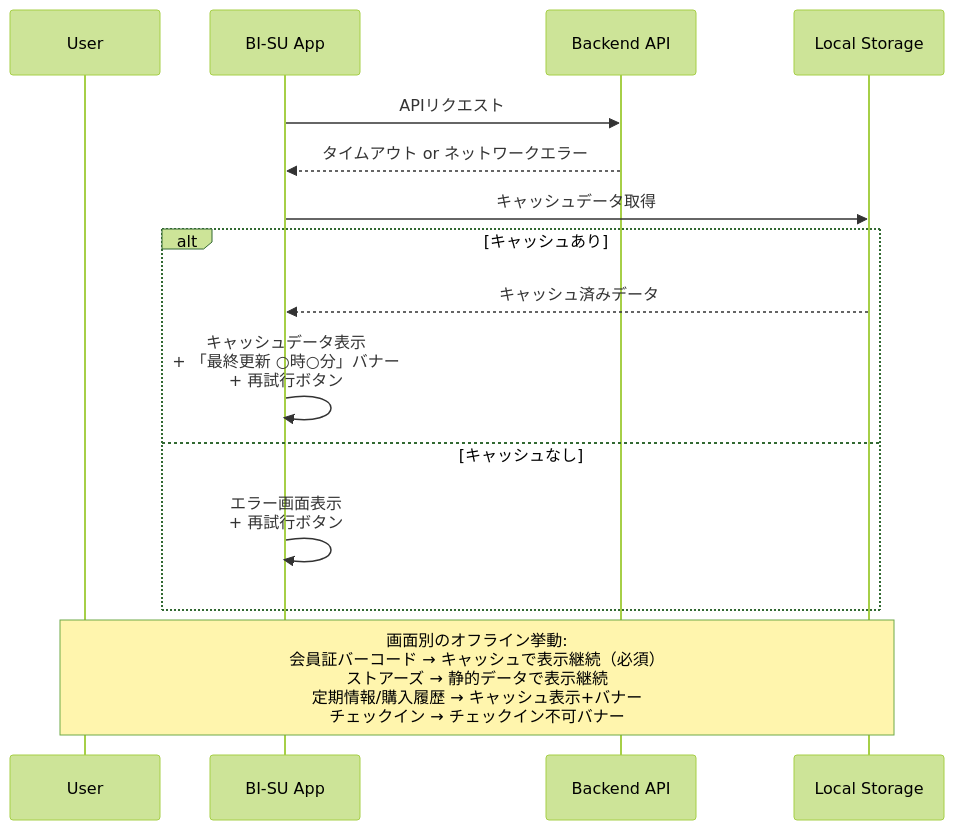
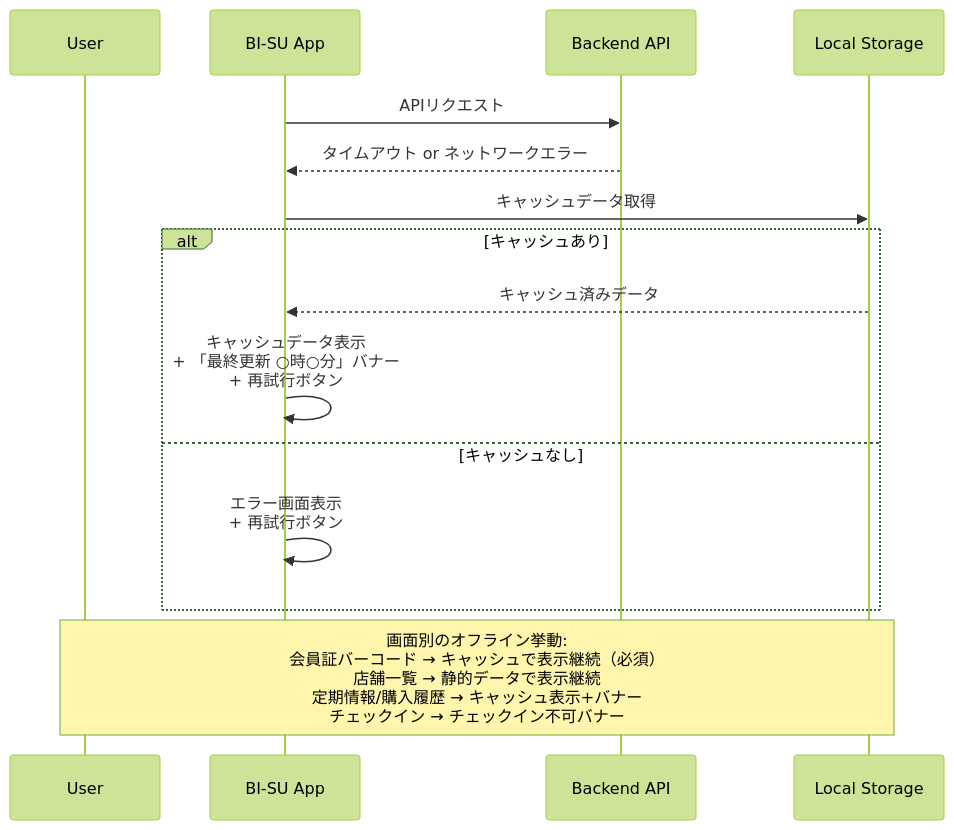
Before and after one commit to YukaHasebe/bi-su-app: diagram 22 of 24 in docs/05_シーケンス図.md, drawn with Mermaid (forest theme). The commit also changed other lines of this file and 7 other files, not shown here.

First line of the commit message:
docs: ストアーズ→店舗一覧 全置換・マップビューをGoogle Maps化・素材仕様追加

````diff
--- a/docs/05_シーケンス図.md
+++ b/docs/05_シーケンス図.md
@@ -673,20 +673,20 @@
 ```mermaid
 sequenceDiagram
     participant U as User
     participant App as BI-SU App
     participant API as Backend API
     participant LS as Local Storage
 
     App->>API: APIリクエスト
     API-->>App: タイムアウト or ネットワークエラー
 
     App->>LS: キャッシュデータ取得
     alt キャッシュあり
         LS-->>App: キャッシュ済みデータ
         App->>App: キャッシュデータ表示<br/>+ 「最終更新 ○時○分」バナー<br/>+ 再試行ボタン
     else キャッシュなし
         App->>App: エラー画面表示<br/>+ 再試行ボタン
     end
 
-    Note over U,LS: 画面別のオフライン挙動:<br/>会員証バーコード → キャッシュで表示継続（必須）<br/>ストアーズ → 静的データで表示継続<br/>定期情報/購入履歴 → キャッシュ表示+バナー<br/>チェックイン → チェックイン不可バナー
+    Note over U,LS: 画面別のオフライン挙動:<br/>会員証バーコード → キャッシュで表示継続（必須）<br/>店舗一覧 → 静的データで表示継続<br/>定期情報/購入履歴 → キャッシュ表示+バナー<br/>チェックイン → チェックイン不可バナー
 ```
````
